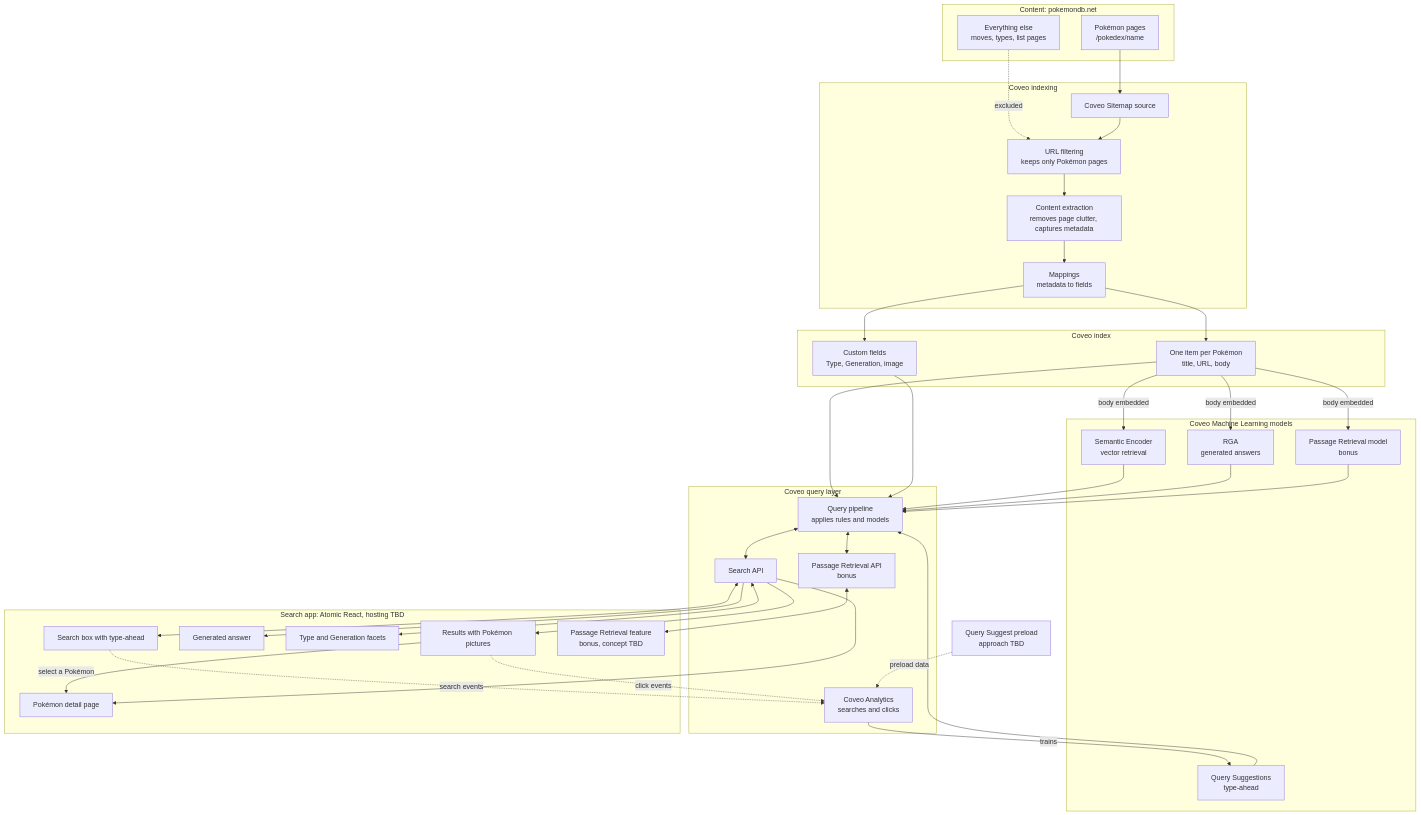
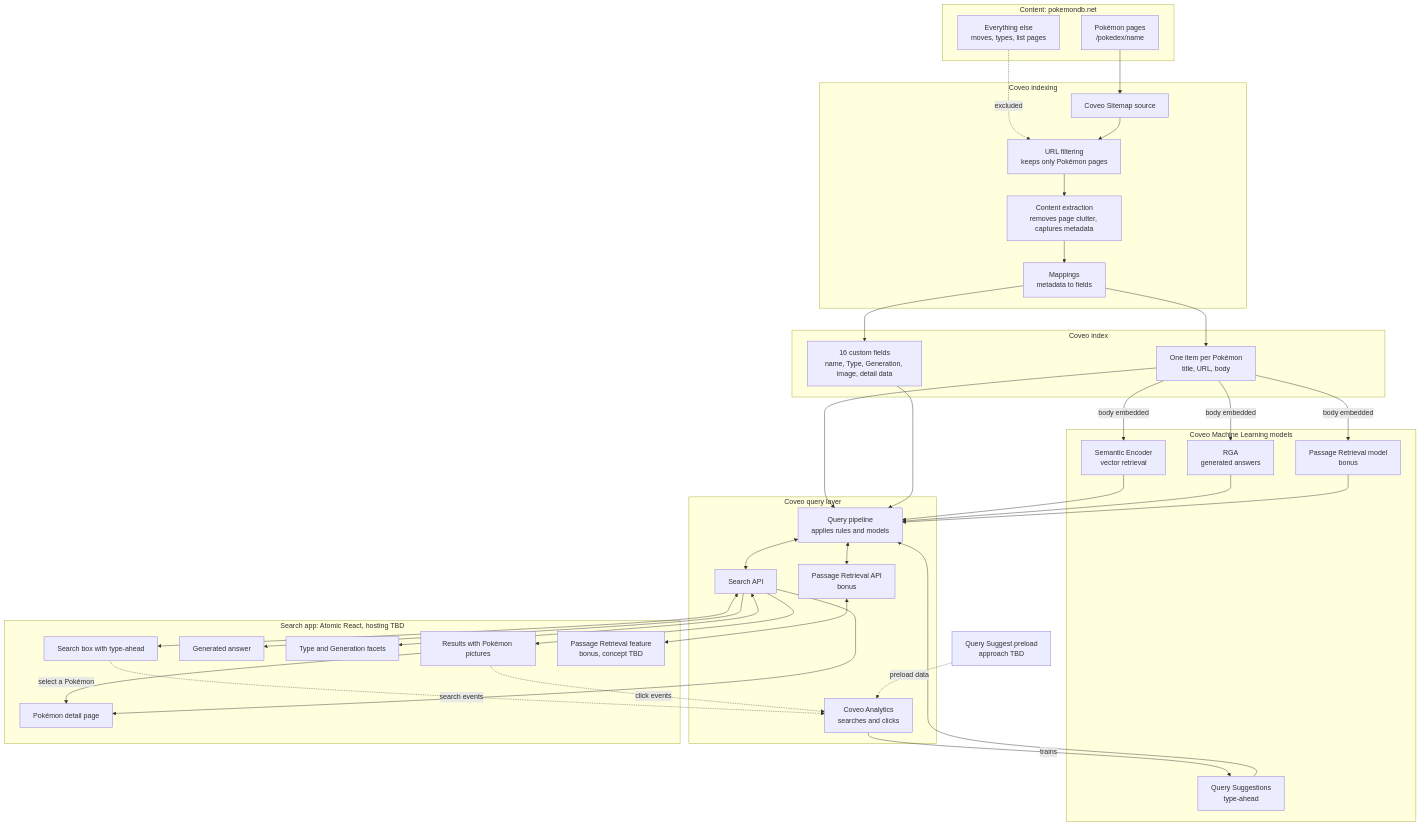
One commit to ksek87/pokebowl-cove changed the diagram in docs/architecture.md. Above: the diagram before and after it, drawn with Mermaid. The commit also changed other lines of this file and 9 other files, not shown here.

````diff
--- a/docs/architecture.md
+++ b/docs/architecture.md
@@ -7,79 +7,79 @@
 ```mermaid
 flowchart TD
     subgraph CONTENT["Content: pokemondb.net"]
         PAGES["Pokémon pages<br/>/pokedex/name"]
         OTHER["Everything else<br/>moves, types, list pages"]
     end
 
     subgraph INGEST["Coveo indexing"]
         SOURCE["Coveo Sitemap source"]
         FILTERS["URL filtering<br/>keeps only Pokémon pages"]
         SCRAPE["Content extraction<br/>removes page clutter, captures metadata"]
         MAP["Mappings<br/>metadata to fields"]
     end
 
     subgraph INDEX["Coveo index"]
         ITEMS["One item per Pokémon<br/>title, URL, body"]
-        FIELDS["Custom fields<br/>Type, Generation, image"]
+        FIELDS["16 custom fields<br/>name, Type, Generation, image, detail data"]
     end
 
     subgraph ML["Coveo Machine Learning models"]
         SE["Semantic Encoder<br/>vector retrieval"]
         RGA["RGA<br/>generated answers"]
         QS["Query Suggestions<br/>type-ahead"]
         CPR["Passage Retrieval model<br/>bonus"]
     end
 
     subgraph QUERY["Coveo query layer"]
         PIPELINE["Query pipeline<br/>applies rules and models"]
         SEARCHAPI["Search API"]
         PRAPI["Passage Retrieval API<br/>bonus"]
         ANALYTICS["Coveo Analytics<br/>searches and clicks"]
     end
 
     subgraph APP["Search app: Atomic React, hosting TBD"]
         BOX["Search box with type-ahead"]
         ANSWER["Generated answer"]
         FACETS["Type and Generation facets"]
         RESULTS["Results with Pokémon pictures"]
         DETAIL["Pokémon detail page"]
         BONUS["Passage Retrieval feature<br/>bonus, concept TBD"]
     end
 
     SEED["Query Suggest preload<br/>approach TBD"]
 
     PAGES --> SOURCE
     OTHER -. "excluded" .-> FILTERS
     SOURCE --> FILTERS
     FILTERS --> SCRAPE
     SCRAPE --> MAP
     MAP --> ITEMS
     MAP --> FIELDS
 
     ITEMS -->|"body embedded"| SE
     ITEMS -->|"body embedded"| RGA
     ITEMS -->|"body embedded"| CPR
 
     SE --> PIPELINE
     RGA --> PIPELINE
     QS --> PIPELINE
     CPR --> PIPELINE
 
     ITEMS --> PIPELINE
     FIELDS --> PIPELINE
     PIPELINE <--> SEARCHAPI
     PIPELINE <--> PRAPI
 
     SEARCHAPI <--> BOX
     SEARCHAPI --> ANSWER
     SEARCHAPI <--> FACETS
     SEARCHAPI --> RESULTS
     SEARCHAPI --> DETAIL
     RESULTS -->|"select a Pokémon"| DETAIL
     PRAPI <--> BONUS
 
     BOX -. "search events" .-> ANALYTICS
     RESULTS -. "click events" .-> ANALYTICS
     SEED -. "preload data" .-> ANALYTICS
     ANALYTICS -->|"trains"| QS
 ```
````
